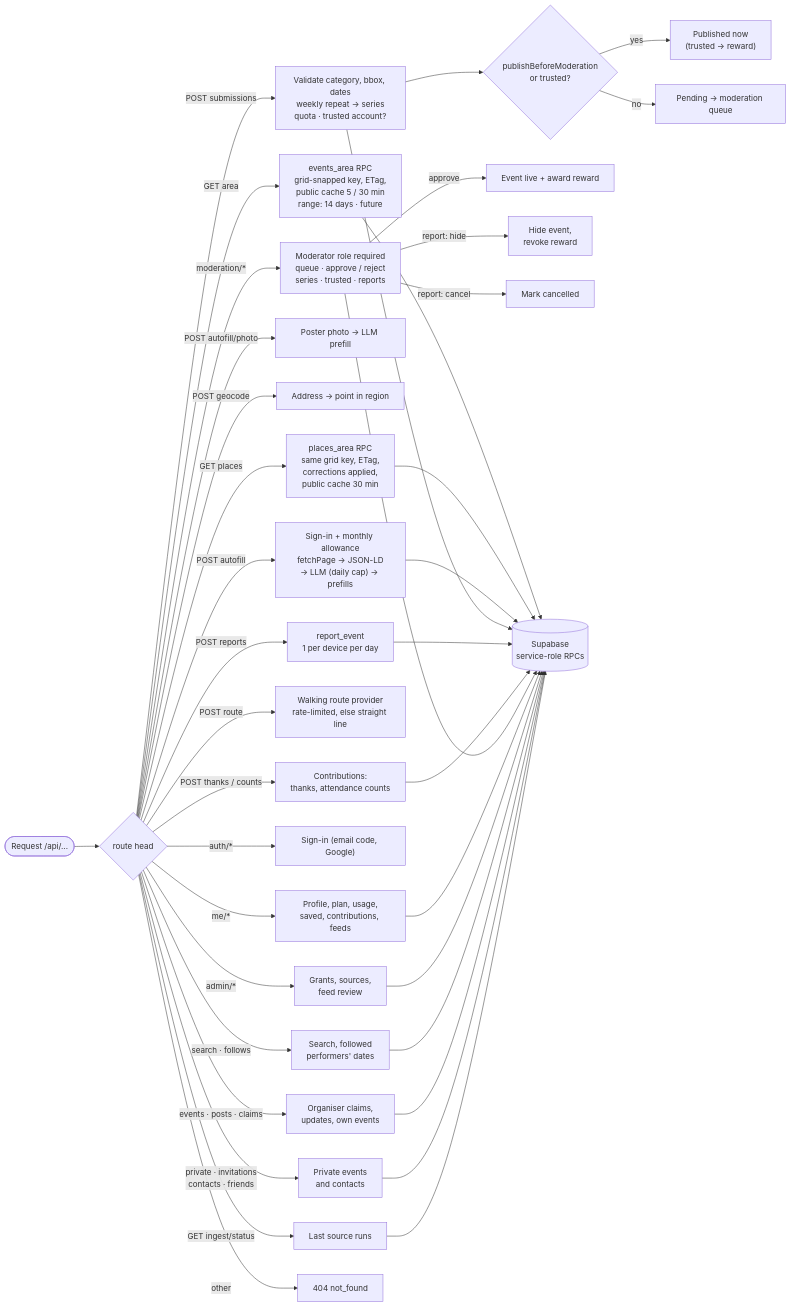
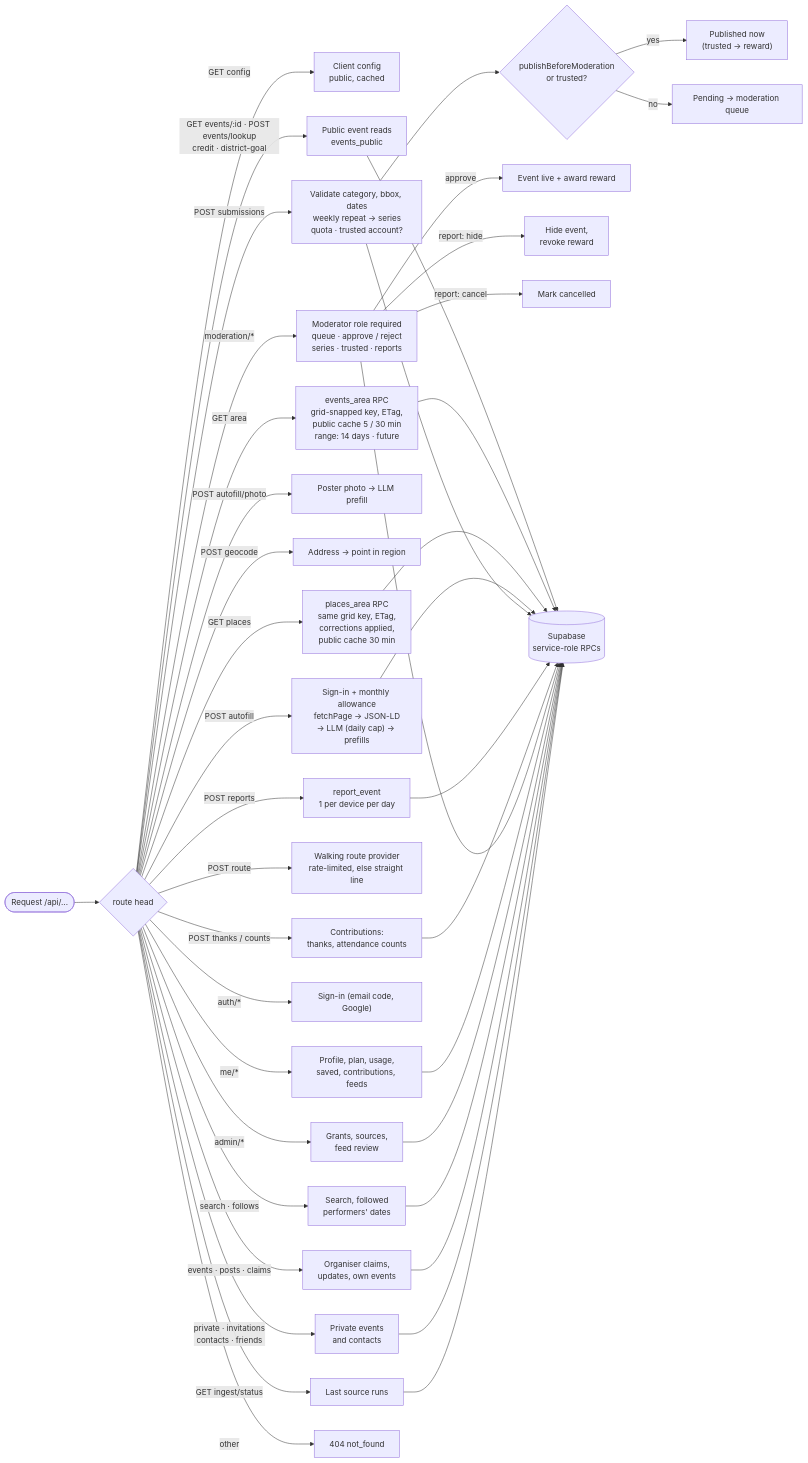
The third of 4 diagrams in docs/ARCHITECTURE.md (PriamSinbob/Happow), drawn with Mermaid before and after one commit. The commit also changed other lines of this file and 7 other files, not shown here.

````diff
--- a/docs/ARCHITECTURE.md
+++ b/docs/ARCHITECTURE.md
@@ -120,31 +123,33 @@
 ```mermaid
 flowchart LR
   REQ(["Request /api/..."]) --> R{"route head"}
+  R -- "GET config" --> CONF2["Client config<br/>public, cached"]
+  R -- "GET events/:id · POST events/lookup<br/>credit · district-goal" --> EVR["Public event reads<br/>events_public"]
   R -- "GET area" --> AREA["events_area RPC<br/>grid-snapped key, ETag,<br/>public cache 5 / 30 min<br/>range: 14 days · future"]
   R -- "GET places" --> PLACES["places_area RPC<br/>same grid key, ETag,<br/>corrections applied,<br/>public cache 30 min"]
   R -- "POST autofill" --> AF["Sign-in + monthly allowance<br/>fetchPage → JSON-LD<br/>→ LLM (daily cap) → prefills"]
   R -- "POST autofill/photo" --> AFP["Poster photo → LLM prefill"]
   R -- "POST geocode" --> GC["Address → point in region"]
   R -- "POST submissions" --> SUB["Validate category, bbox, dates<br/>weekly repeat → series<br/>quota · trusted account?"]
   R -- "POST reports" --> REP["report_event<br/>1 per device per day"]
   R -- "POST thanks / counts" --> CON["Contributions:<br/>thanks, attendance counts"]
   R -- "POST route" --> ROUTE["Walking route provider<br/>rate-limited, else straight line"]
   R -- "moderation/*" --> MOD["Moderator role required<br/>queue · approve / reject<br/>series · trusted · reports"]
   R -- "auth/*" --> AUTH["Sign-in (email code, Google)"]
   R -- "me/*" --> ME["Profile, plan, usage,<br/>saved, contributions, feeds"]
   R -- "admin/*" --> ADM["Grants, sources,<br/>feed review"]
   R -- "search · follows" --> FOL["Search, followed<br/>performers' dates"]
   R -- "events · posts · claims" --> ORG["Organiser claims,<br/>updates, own events"]
   R -- "private · invitations<br/>contacts · friends" --> PRIV["Private events<br/>and contacts"]
   R -- "GET ingest/status" --> IST["Last source runs"]
   R -- other --> E404["404 not_found"]
 
   SUB --> PUB{"publishBeforeModeration<br/>or trusted?"}
   PUB -- yes --> LIVE["Published now<br/>(trusted → reward)"]
   PUB -- no --> PEND["Pending → moderation queue"]
   MOD -- approve --> AWARD["Event live + award reward"]
   MOD -- "report: hide" --> REVOKE["Hide event,<br/>revoke reward"]
   MOD -- "report: cancel" --> CANC["Mark cancelled"]
 
-  AREA & PLACES & AF & SUB & REP & CON & MOD & ME & ADM & FOL & ORG & PRIV & IST --> DB[("Supabase<br/>service-role RPCs")]
+  EVR & AREA & PLACES & AF & SUB & REP & CON & MOD & ME & ADM & FOL & ORG & PRIV & IST --> DB[("Supabase<br/>service-role RPCs")]
 ```
````
